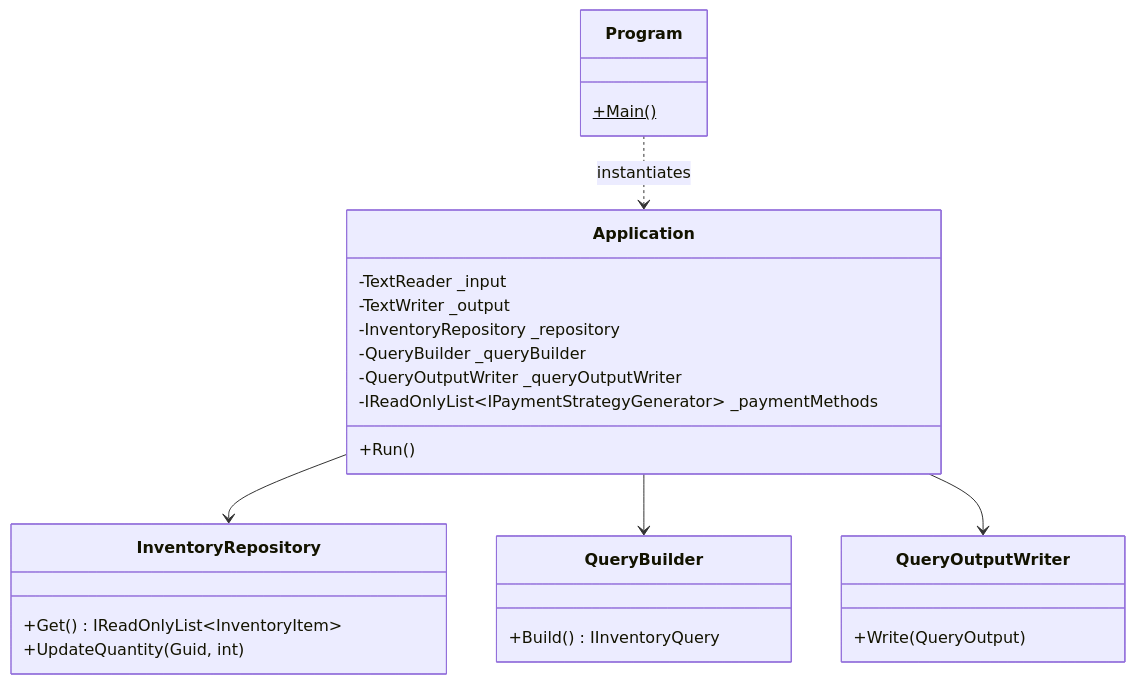
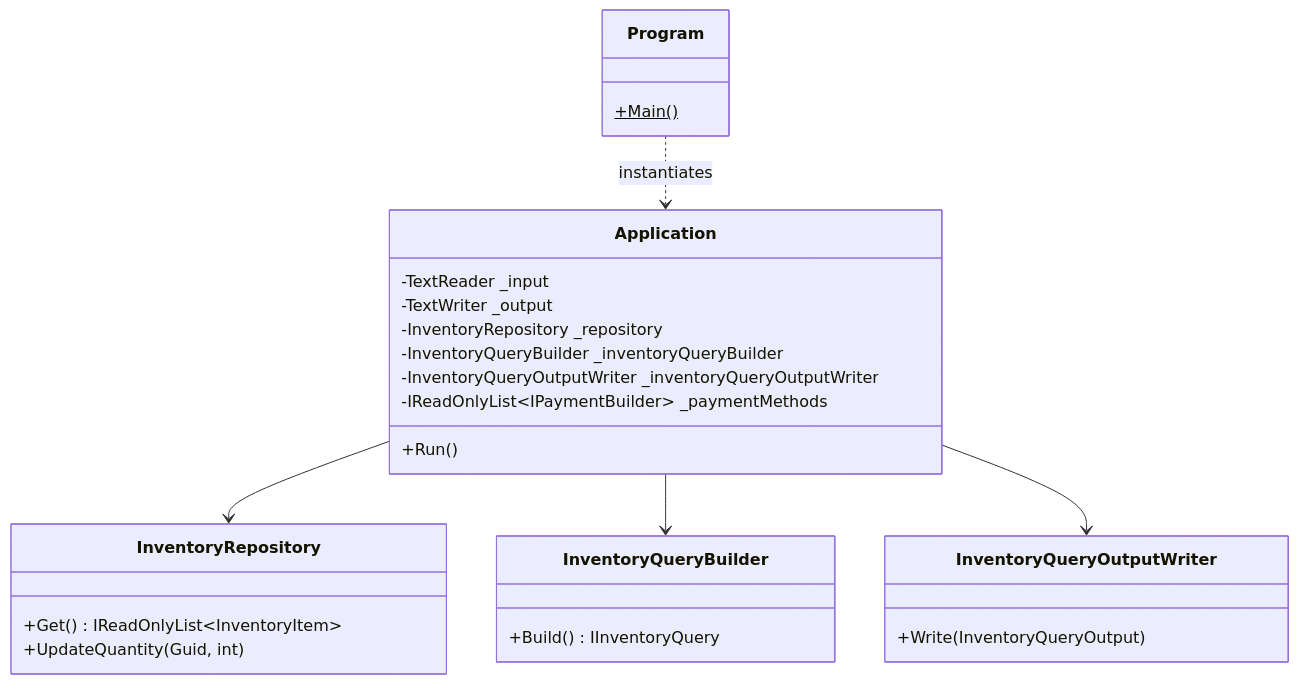
The first of 3 diagrams in assignments/assignment-2-solution/src-csharp/README.md (jeff-adkisson/swe-4743-spring-2026-oo-design), drawn with Mermaid before and after one commit. The commit also changed other lines of this file and 62 other files, not shown here.

````diff
--- a/assignments/assignment-2-solution/src-csharp/README.md
+++ b/assignments/assignment-2-solution/src-csharp/README.md
@@ -143,30 +161,30 @@
 ```mermaid
 classDiagram
     class Program {
         +Main()$
     }
     class Application {
         -TextReader _input
         -TextWriter _output
         -InventoryRepository _repository
-        -QueryBuilder _queryBuilder
-        -QueryOutputWriter _queryOutputWriter
-        -IReadOnlyList~IPaymentStrategyGenerator~ _paymentMethods
+        -InventoryQueryBuilder _inventoryQueryBuilder
+        -InventoryQueryOutputWriter _inventoryQueryOutputWriter
+        -IReadOnlyList~IPaymentBuilder~ _paymentMethods
         +Run()
     }
     class InventoryRepository {
         +Get() IReadOnlyList~InventoryItem~
         +UpdateQuantity(Guid, int)
     }
-    class QueryBuilder {
+    class InventoryQueryBuilder {
         +Build() IInventoryQuery
     }
-    class QueryOutputWriter {
-        +Write(QueryOutput)
+    class InventoryQueryOutputWriter {
+        +Write(InventoryQueryOutput)
     }
 
     Program ..> Application : instantiates
     Application --> InventoryRepository
-    Application --> QueryBuilder
-    Application --> QueryOutputWriter
+    Application --> InventoryQueryBuilder
+    Application --> InventoryQueryOutputWriter
 ```
````
